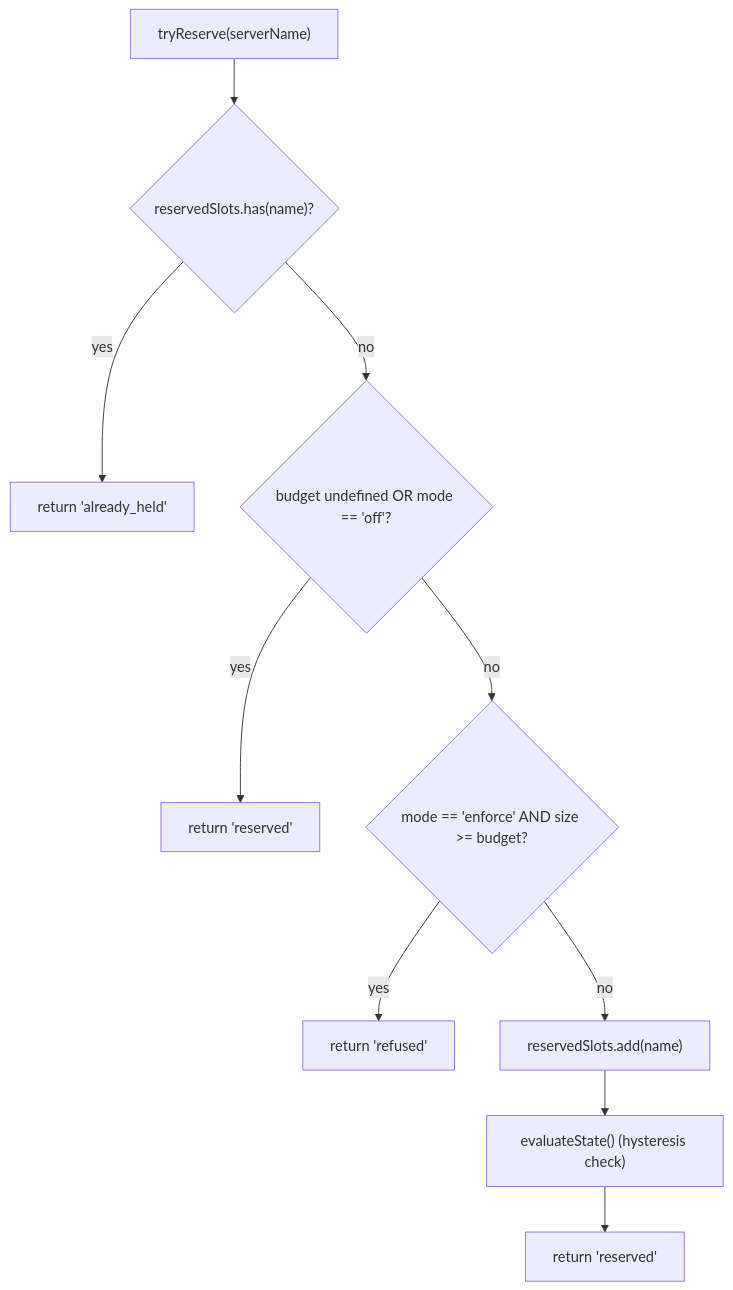
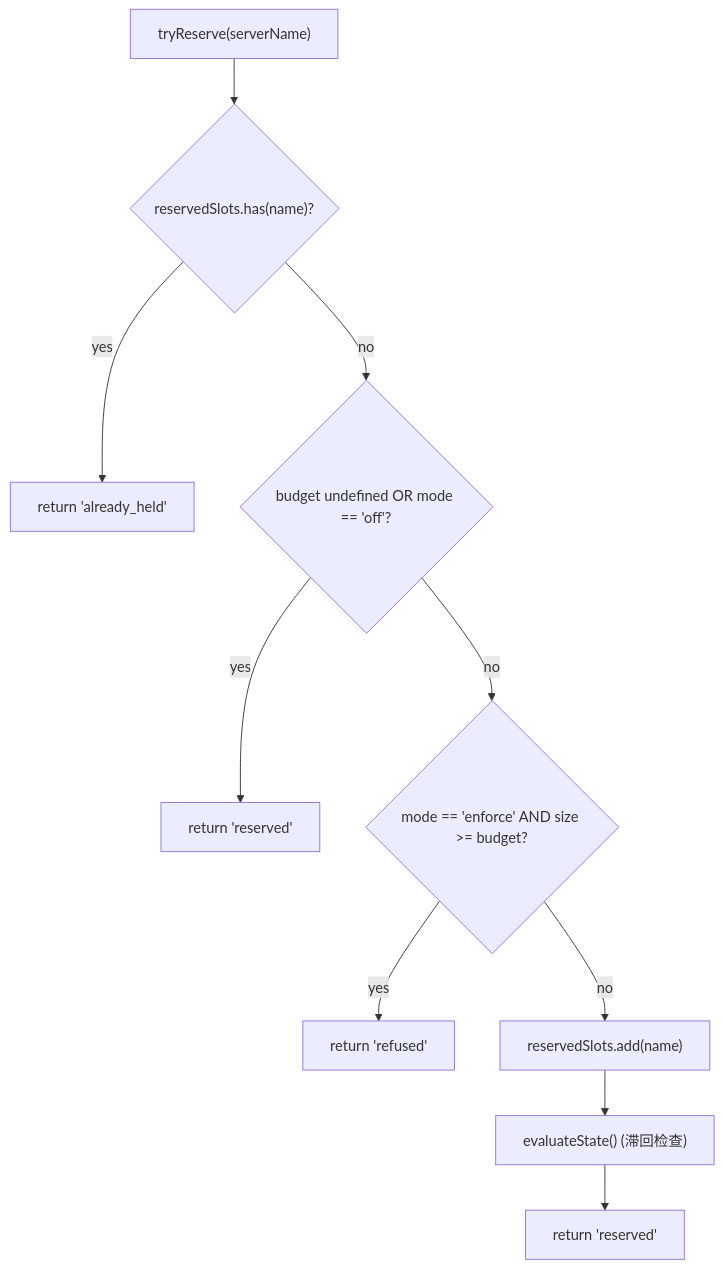
Before and after one commit to QwenLM/qwen-code-docs: the first of 3 diagrams in website/content/zh/developers/daemon/06-mcp-budget-guardrails.md, drawn with Mermaid. The commit also changed other lines of this file and 1077 other files, not shown here.

````diff
--- a/website/content/zh/developers/daemon/06-mcp-budget-guardrails.md
+++ b/website/content/zh/developers/daemon/06-mcp-budget-guardrails.md
@@ -57,12 +57,12 @@
 ```mermaid
 flowchart TD
     A["tryReserve(serverName)"] --> B{"reservedSlots.has(name)?"}
     B -->|yes| AH["return 'already_held'"]
     B -->|no| C{"budget undefined OR mode == 'off'?"}
     C -->|yes| R["return 'reserved'"]
     C -->|no| D{"mode == 'enforce' AND size >= budget?"}
     D -->|yes| RF["return 'refused'"]
     D -->|no| ADD["reservedSlots.add(name)"]
-    ADD --> EV["evaluateState() (hysteresis check)"]
+    ADD --> EV["evaluateState() (滞回检查)"]
     EV --> R2["return 'reserved'"]
 ```
````
